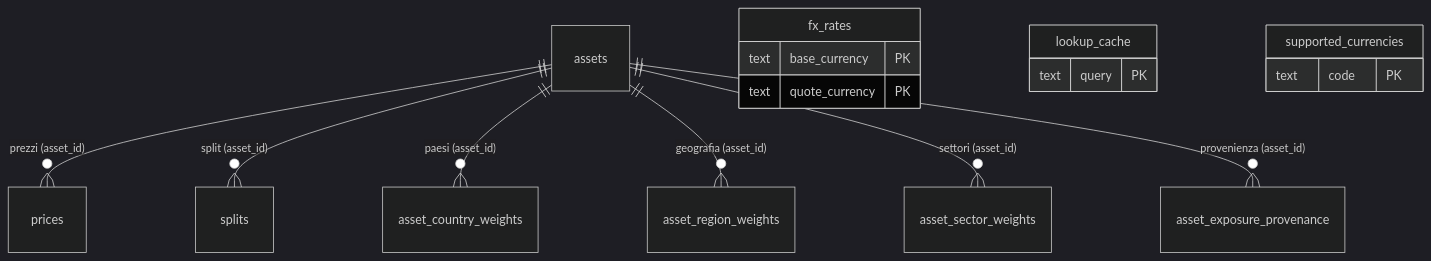
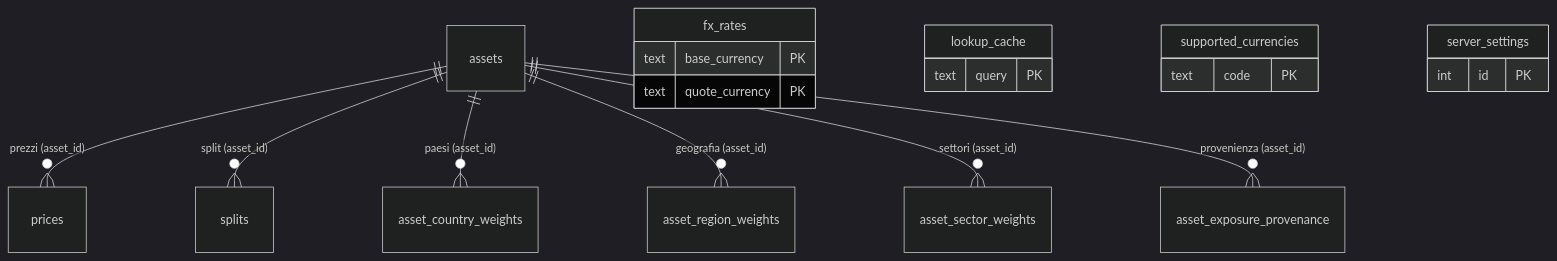
Before and after one commit to alv67/peculium: the second of 2 diagrams in docs/DATABASE-GUIDE.it.md, drawn with Mermaid (dark theme). The commit also changed other lines of this file and 153 other files, not shown here.

````diff
--- a/docs/DATABASE-GUIDE.it.md
+++ b/docs/DATABASE-GUIDE.it.md
@@ -100,20 +100,23 @@
 ```mermaid
 erDiagram
     assets ||--o{ prices : "prezzi (asset_id)"
     assets ||--o{ splits : "split (asset_id)"
     assets ||--o{ asset_country_weights : "paesi (asset_id)"
     assets ||--o{ asset_region_weights : "geografia (asset_id)"
     assets ||--o{ asset_sector_weights : "settori (asset_id)"
     assets ||--o{ asset_exposure_provenance : "provenienza (asset_id)"
 
     fx_rates {
         text base_currency PK
         text quote_currency PK
     }
     lookup_cache {
         text query PK
     }
     supported_currencies {
         text code PK
     }
+    server_settings {
+        int id PK
+    }
 ```
````
